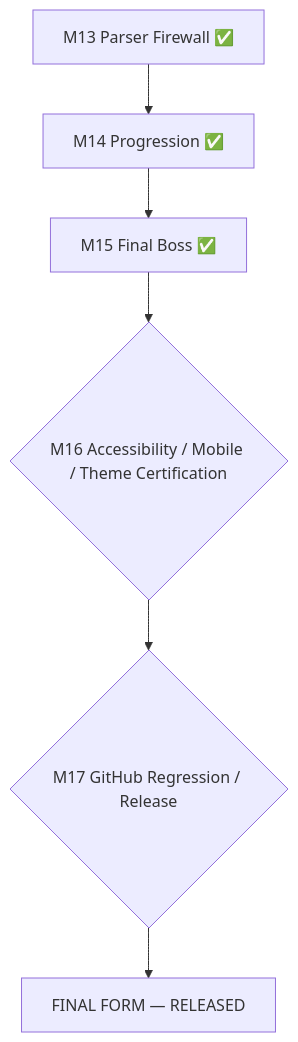
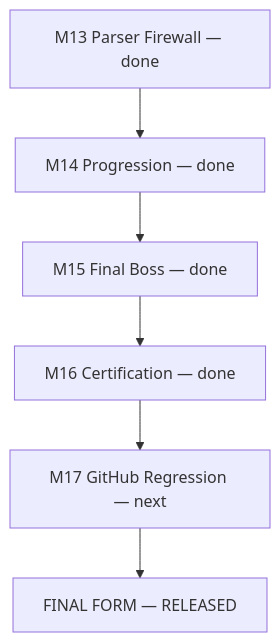
One commit to thiepn/markdown changed the fourth of 5 diagrams in README.md. Above: the diagram before and after it, drawn with Mermaid. The commit also changed other lines of this file, not shown here.

Commit message:
docs: certify light dark mobile and accessibility

````diff
--- a/README.md
+++ b/README.md
@@ -981,8 +948,8 @@
 ```mermaid
-flowchart TD
-    M13[M13 Parser Firewall ✅] --> M14[M14 Progression ✅]
-    M14 --> M15[M15 Final Boss ✅]
-    M15 --> M16{M16 Accessibility / Mobile / Theme Certification}
-    M16 --> M17{M17 GitHub Regression / Release}
+flowchart TB
+    M13[M13 Parser Firewall — done] --> M14[M14 Progression — done]
+    M14 --> M15[M15 Final Boss — done]
+    M15 --> M16[M16 Certification — done]
+    M16 --> M17[M17 GitHub Regression — next]
     M17 --> REL[FINAL FORM — RELEASED]
 ```
````
